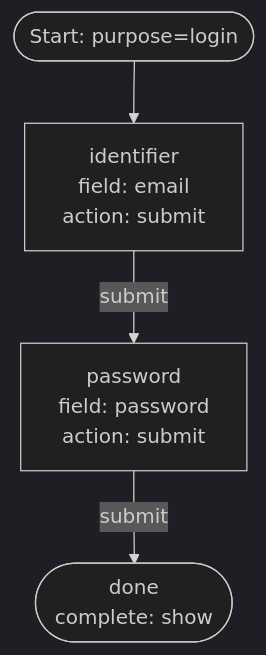
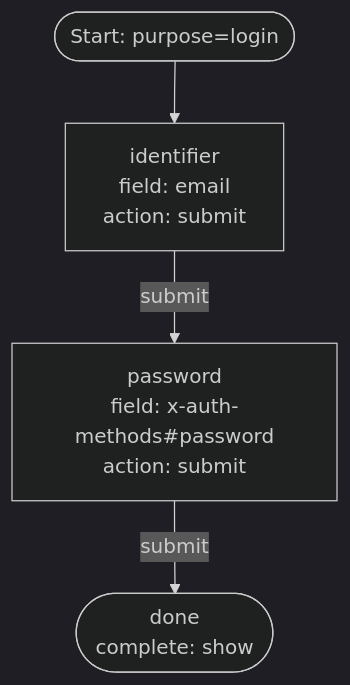
Before and after one commit to zitadel/nextgen: the diagram in api/openapi/endpoints/flow_definitions/examples/01-password-login/README.md, drawn with Mermaid (dark theme). The commit also changed other lines of this file and 9 other files, not shown here.

First line of the commit message:
chore: drop x-password from user schema

````diff
--- a/api/openapi/endpoints/flow_definitions/examples/01-password-login/README.md
+++ b/api/openapi/endpoints/flow_definitions/examples/01-password-login/README.md
@@ -17,10 +17,10 @@
 ```mermaid
 flowchart TD
     start([Start: purpose=login]) --> identifier
     identifier["identifier<br/>field: email<br/>action: submit"]
-    password["password<br/>field: password<br/>action: submit"]
+    password["password<br/>field: x-auth-methods#password<br/>action: submit"]
     done([done<br/>complete: show])
 
     identifier -- submit --> password
     password -- submit --> done
 ```
````
